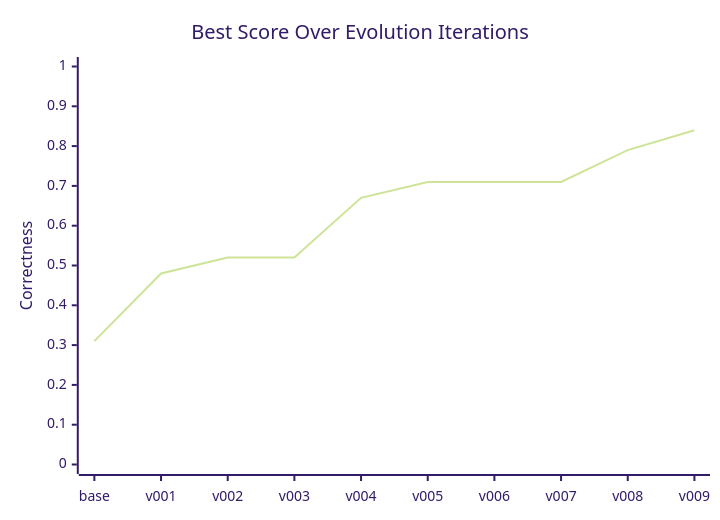
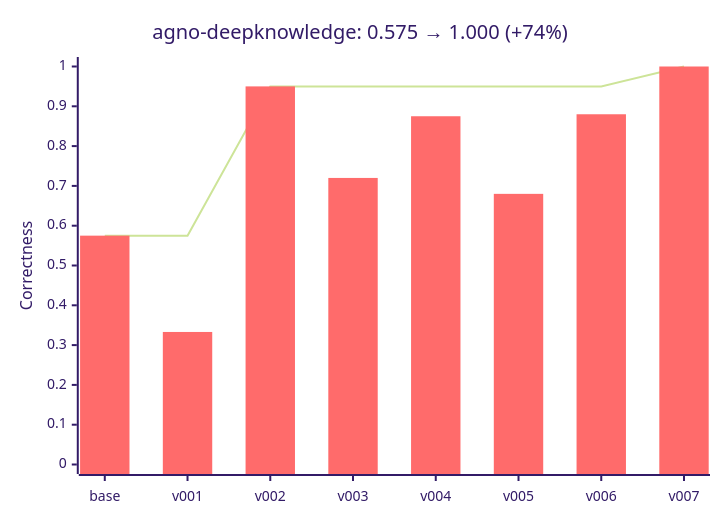
Before and after one commit to raphaelchristi/harness-evolver: the diagram in README.md, drawn with Mermaid (forest theme). The commit also changed other lines of this file, not shown here.

First line of the commit message:
docs: real-world evolution chart from agno-deepknowledge test

````diff
--- a/README.md
+++ b/README.md
@@ -55,7 +57,8 @@
 ```mermaid
 xychart-beta
-    title "Best Score Over Evolution Iterations"
-    x-axis ["base", "v001", "v002", "v003", "v004", "v005", "v006", "v007", "v008", "v009"]
+    title "agno-deepknowledge: 0.575 → 1.000 (+74%)"
+    x-axis ["base", "v001", "v002", "v003", "v004", "v005", "v006", "v007"]
     y-axis "Correctness" 0 --> 1
-    line [0.31, 0.48, 0.52, 0.52, 0.67, 0.71, 0.71, 0.71, 0.79, 0.84]
+    line [0.575, 0.575, 0.950, 0.950, 0.950, 0.950, 0.950, 1.0]
+    bar [0.575, 0.333, 0.950, 0.720, 0.875, 0.680, 0.880, 1.0]
 ```
````
